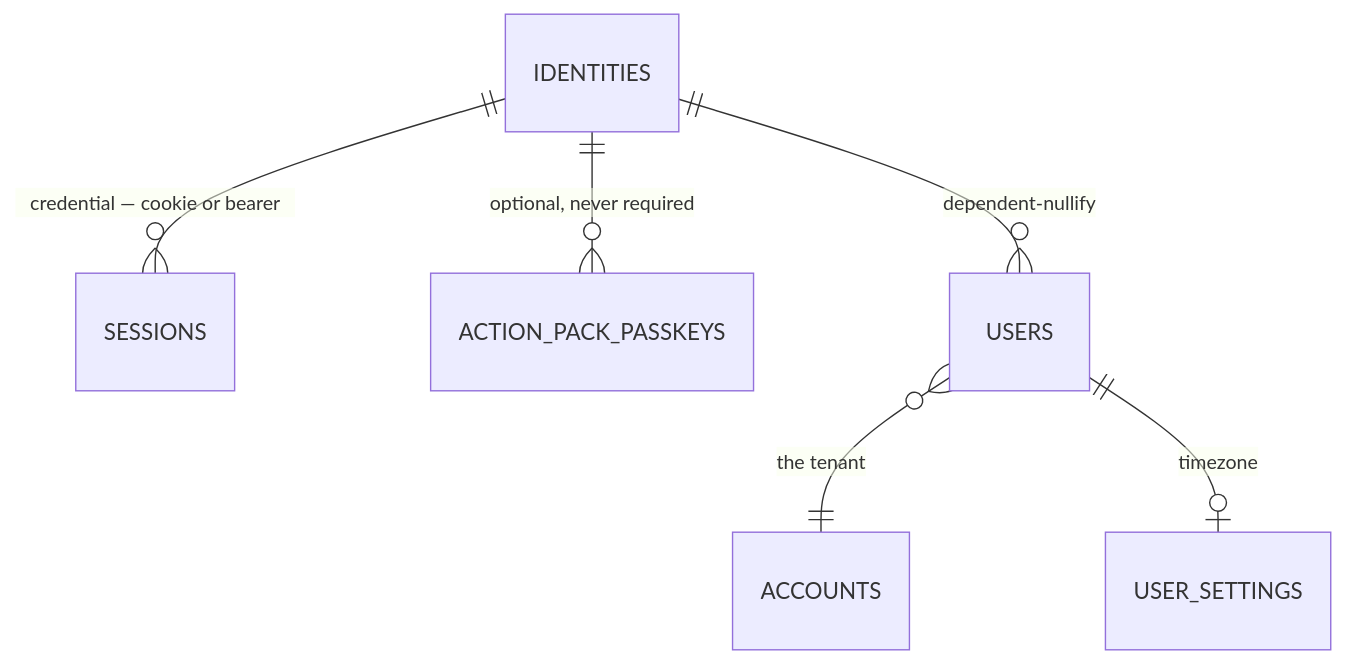
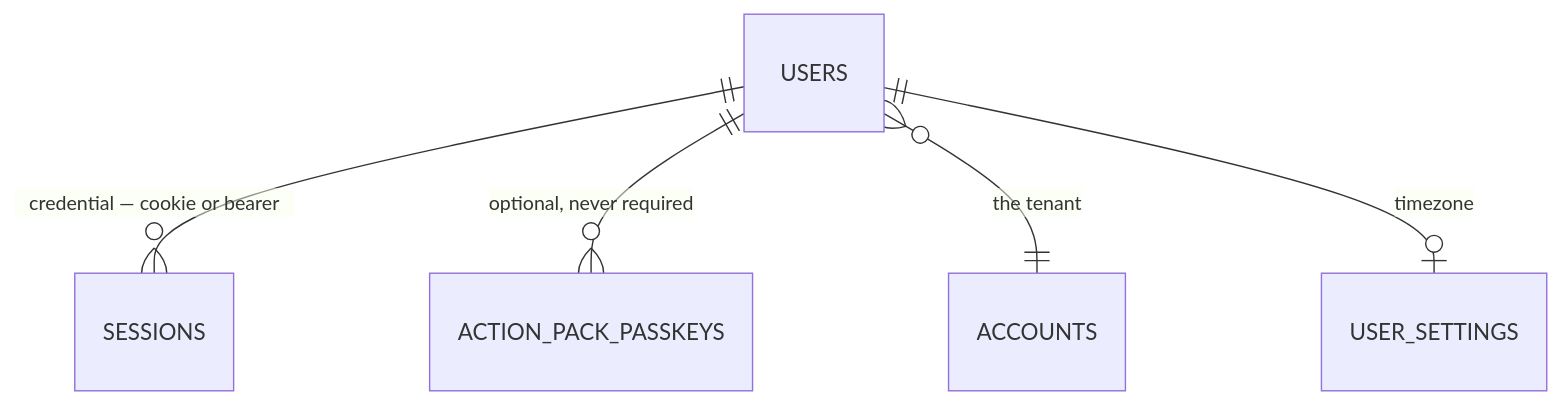
Before and after one commit to nexusaicodes/mudda: the second of 5 diagrams in ERD.md, drawn with Mermaid. The commit also changed other lines of this file and 239 other files, not shown here.

First line of the commit message:
Re-center the schema on users and boards, on integer keys (#17)

````diff
--- a/ERD.md
+++ b/ERD.md
@@ -327,8 +271,7 @@
 ```mermaid
 erDiagram
-    IDENTITIES ||--o{ SESSIONS : "credential — cookie or bearer"
-    IDENTITIES ||--o{ ACTION_PACK_PASSKEYS : "optional, never required"
-    IDENTITIES ||--o{ USERS : "dependent-nullify"
+    USERS ||--o{ SESSIONS : "credential — cookie or bearer"
+    USERS ||--o{ ACTION_PACK_PASSKEYS : "optional, never required"
     USERS }o--|| ACCOUNTS : "the tenant"
     USERS ||--o| USER_SETTINGS : "timezone"
 ```
````
